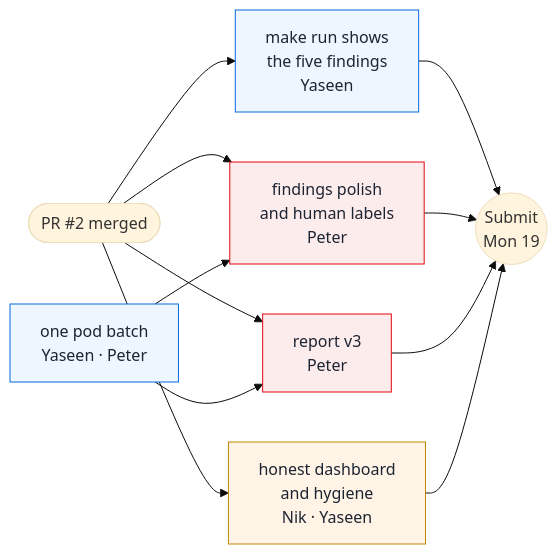
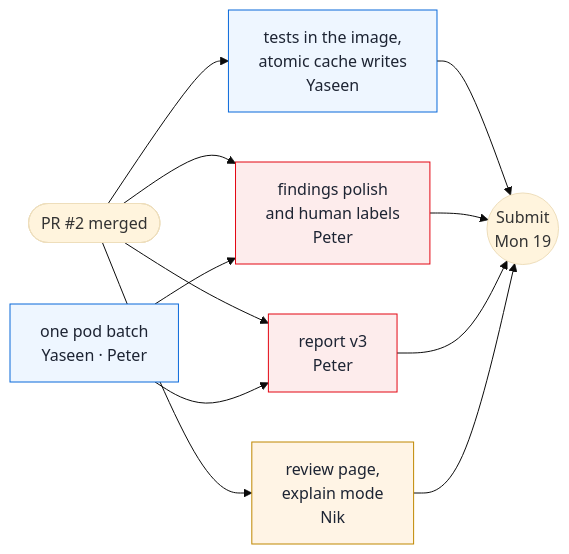
One commit to CPD9/apertus-redteam-graph changed the diagram in track_1a/docs/ROADMAP.md. Above: the diagram before and after it, drawn with Mermaid (base theme). The commit also changed other lines of this file and 15123 other files, not shown here.

````diff
--- a/track_1a/docs/ROADMAP.md
+++ b/track_1a/docs/ROADMAP.md
@@ -91,19 +97,19 @@
 ```mermaid
 flowchart LR
-    PR2(["PR #2 merged"]) --> B1["make run shows<br/>the five findings<br/>Yaseen"]
+    PR2(["PR #2 merged"]) --> B1["tests in the image,<br/>atomic cache writes<br/>Yaseen"]
     PR2 --> B2["findings polish<br/>and human labels<br/>Peter"]
     PR2 --> B3["report v3<br/>Peter"]
-    PR2 --> B5["honest dashboard<br/>and hygiene<br/>Nik · Yaseen"]
+    PR2 --> B5["review page,<br/>explain mode<br/>Nik"]
     B4["one pod batch<br/>Yaseen · Peter"] --> B2
     B4 --> B3
     B1 --> S(("Submit<br/>Mon 19"))
     B2 --> S
     B3 --> S
     B5 --> S
     classDef ya fill:#eef6ff,stroke:#0969da,color:#1d2433
     classDef ni fill:#fff4e5,stroke:#bf8700,color:#1d2433
     classDef pe fill:#fdecec,stroke:#e30613,color:#1d2433
     class B1,B4 ya
     class B5 ni
     class B2,B3 pe
 ```
````
